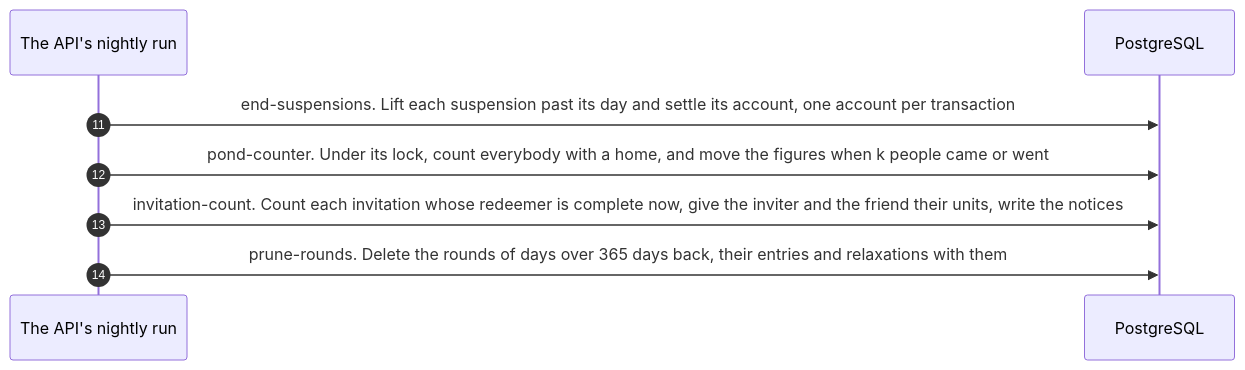
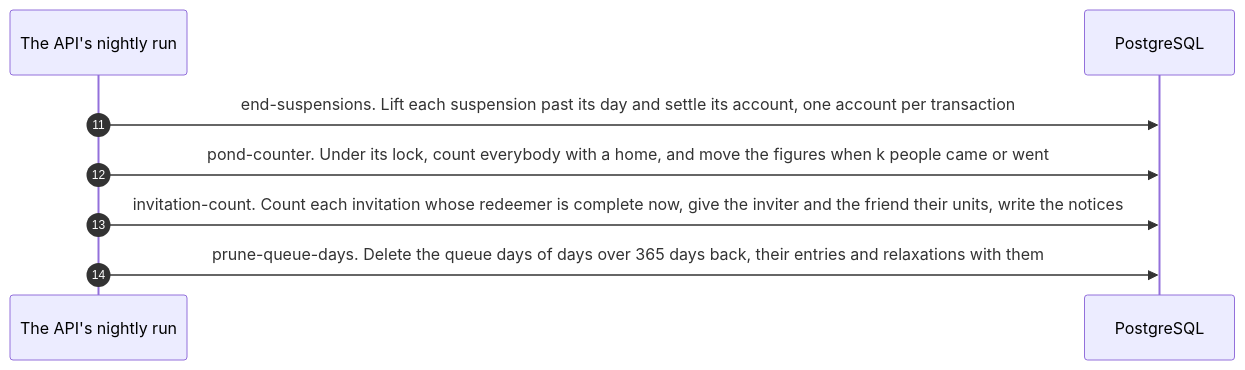
Before and after one commit to kuutti-ry/kumpa-app: the third of 4 diagrams in docs/architecture/sequence-night.md, drawn with Mermaid. The commit also changed other lines of this file and 236 other files, not shown here.

````diff
--- a/docs/architecture/sequence-night.md
+++ b/docs/architecture/sequence-night.md
@@ -89,12 +89,12 @@
 ```mermaid
 sequenceDiagram
-  accTitle: The night's jobs, part 3: the pond, and the rounds past their year
-  accDescr: Suspensions past their day end first, so a person let back in is counted the same night. Then the counter's figures, the invitations whose redeemer is complete, and the rounds past the year they are kept, their entries and relaxations with them.
+  accTitle: The night's jobs, part 3: the pond, and the queue days past their year
+  accDescr: Suspensions past their day end first, so a person let back in is counted the same night. Then the counter's figures, the invitations whose redeemer is complete, and the queue days past the year they are kept, their entries and relaxations with them.
   autonumber 11
   participant api as The API's nightly run
   participant db as PostgreSQL
   api->>db: end-suspensions. Lift each suspension past its day and settle its account, one account per transaction
   api->>db: pond-counter. Under its lock, count everybody with a home, and move the figures when k people came or went
   api->>db: invitation-count. Count each invitation whose redeemer is complete now, give the inviter and the friend their units, write the notices
-  api->>db: prune-rounds. Delete the rounds of days over 365 days back, their entries and relaxations with them
+  api->>db: prune-queue-days. Delete the queue days of days over 365 days back, their entries and relaxations with them
 ```
````
